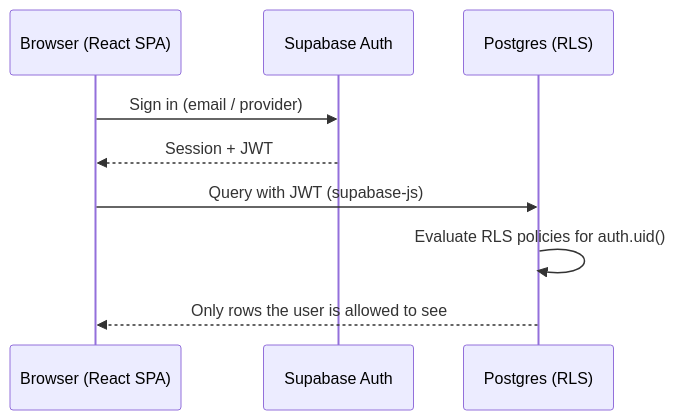
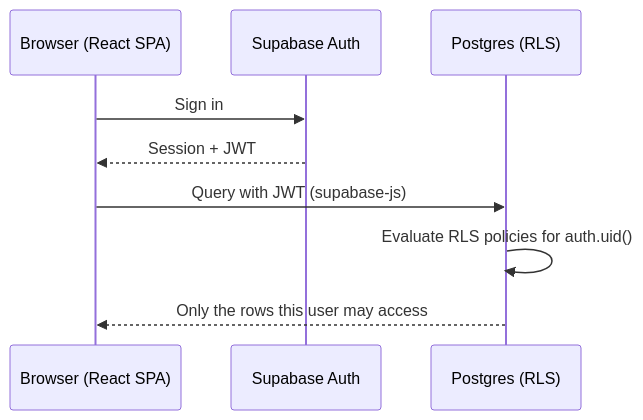
One commit to Aiet-Unisphere/AIET-UniSphere changed the second of 4 diagrams in README.md. Above: the diagram before and after it, drawn with Mermaid. The commit also changed other lines of this file, not shown here.

````diff
--- a/README.md
+++ b/README.md
@@ -153,12 +190,12 @@
 ```mermaid
 sequenceDiagram
     participant B as Browser (React SPA)
     participant A as Supabase Auth
     participant D as Postgres (RLS)
 
-    B->>A: Sign in (email / provider)
+    B->>A: Sign in
     A-->>B: Session + JWT
     B->>D: Query with JWT (supabase-js)
     D->>D: Evaluate RLS policies for auth.uid()
-    D-->>B: Only rows the user is allowed to see
+    D-->>B: Only the rows this user may access
 ```
````
